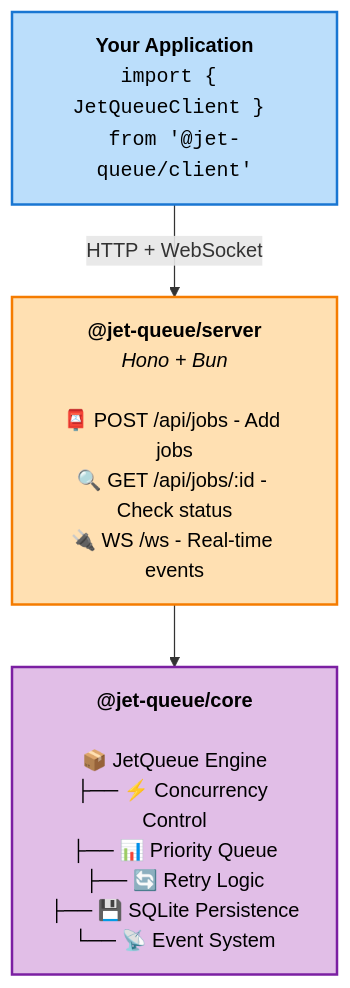
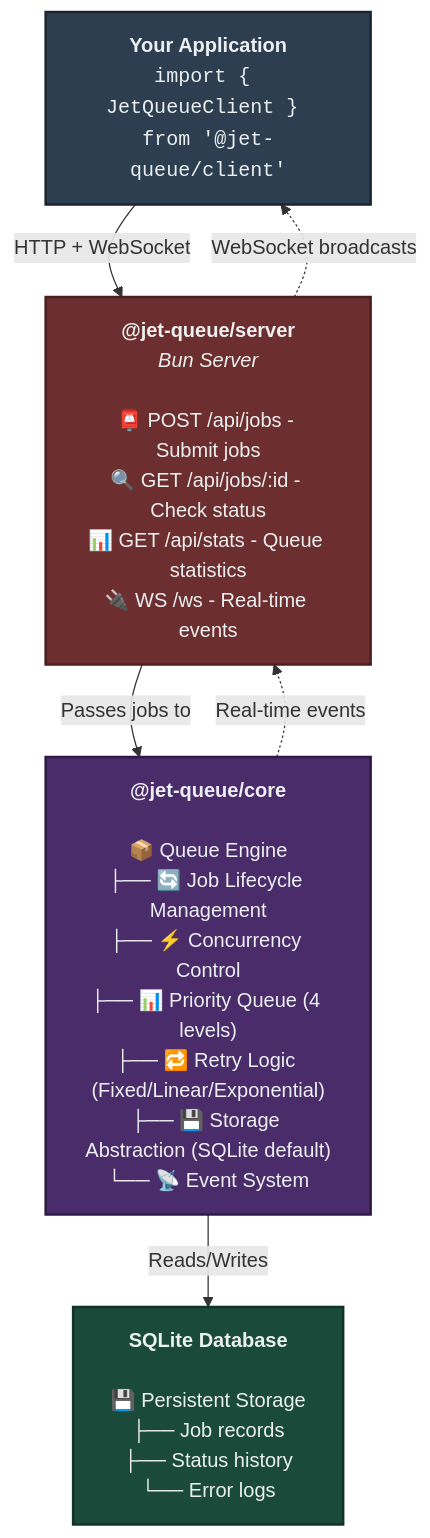
The diagram in README.md (arxja/jet-queue), drawn with Mermaid before and after one commit. The commit also changed other lines of this file, not shown here.

````diff
--- a/README.md
+++ b/README.md
@@ -127,15 +127,21 @@
 ```mermaid
 flowchart TD
     A["<b>Your Application</b><br><code>import { JetQueueClient } from '@jet-queue/client'</code>"]
 
-    B["<b>@jet-queue/server</b><br><i>Hono + Bun</i><br><br>📮 POST /api/jobs - Add jobs<br>🔍 GET /api/jobs/:id - Check status<br>🔌 WS /ws - Real-time events"]
+    B["<b>@jet-queue/server</b><br><i>Bun Server</i><br><br>📮 POST /api/jobs - Submit jobs<br>🔍 GET /api/jobs/:id - Check status<br>📊 GET /api/stats - Queue statistics<br>🔌 WS /ws - Real-time events"]
 
-    C["<b>@jet-queue/core</b><br><br>📦 JetQueue Engine<br>├── ⚡ Concurrency Control<br>├── 📊 Priority Queue<br>├── 🔄 Retry Logic<br>├── 💾 SQLite Persistence<br>└── 📡 Event System"]
+    C["<b>@jet-queue/core</b><br><br>📦 Queue Engine<br>├── 🔄 Job Lifecycle Management<br>├── ⚡ Concurrency Control<br>├── 📊 Priority Queue (4 levels)<br>├── 🔁 Retry Logic (Fixed/Linear/Exponential)<br>├── 💾 Storage Abstraction (SQLite default)<br>└── 📡 Event System"]
+
+    D["<b>SQLite Database</b><br><br>💾 Persistent Storage<br>├── Job records<br>├── Status history<br>└── Error logs"]
 
     A -->|HTTP + WebSocket| B
-    B --> C
+    B -->|Passes jobs to| C
+    C -->|Reads/Writes| D
+    C -.->|Real-time events| B
+    B -.->|WebSocket broadcasts| A
 
-    style A fill:#bbdefb,stroke:#1976d2,stroke-width:2px,color:#000
-    style B fill:#ffe0b2,stroke:#f57c00,stroke-width:2px,color:#000
-    style C fill:#e1bee7,stroke:#7b1fa2,stroke-width:2px,color:#000
+    style A fill:#2c3e50,stroke:#1a252f,stroke-width:2px,color:#ecf0f1
+    style B fill:#6c2e2e,stroke:#4a1f1f,stroke-width:2px,color:#ecf0f1
+    style C fill:#4a2c6a,stroke:#2d1a45,stroke-width:2px,color:#ecf0f1
+    style D fill:#1a4a3a,stroke:#0f3328,stroke-width:2px,color:#ecf0f1
 ```
````
